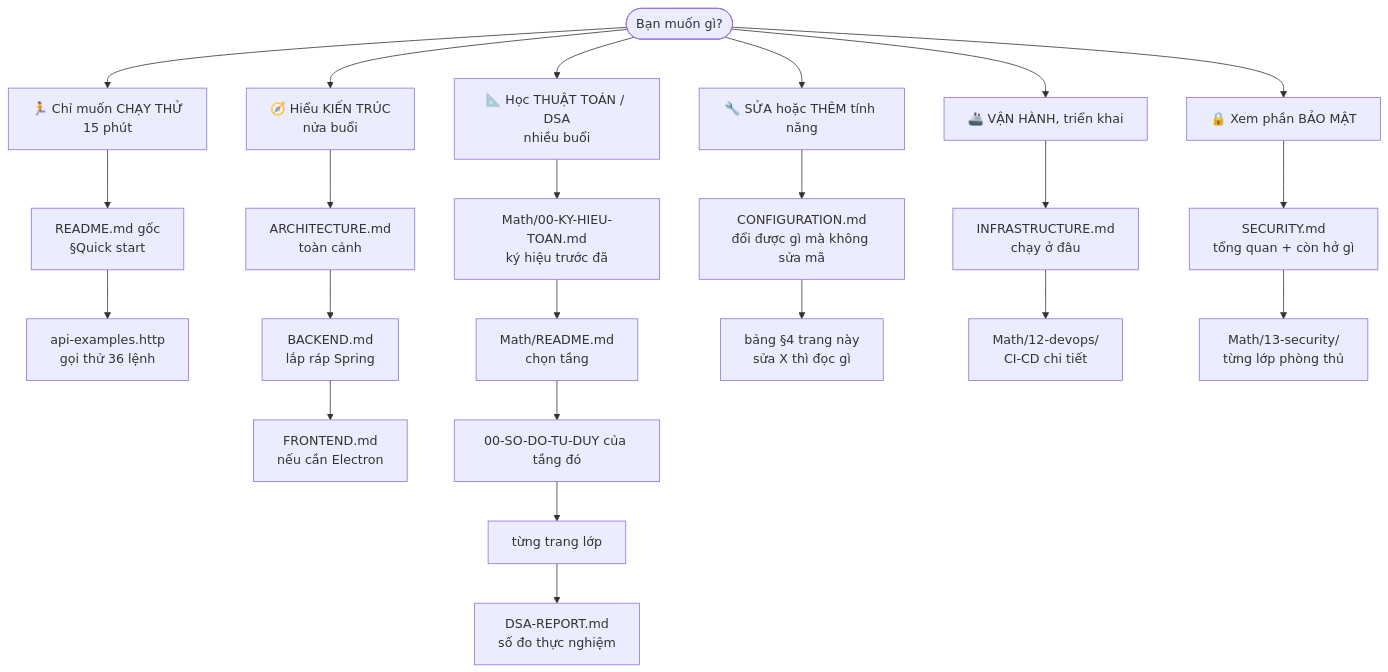
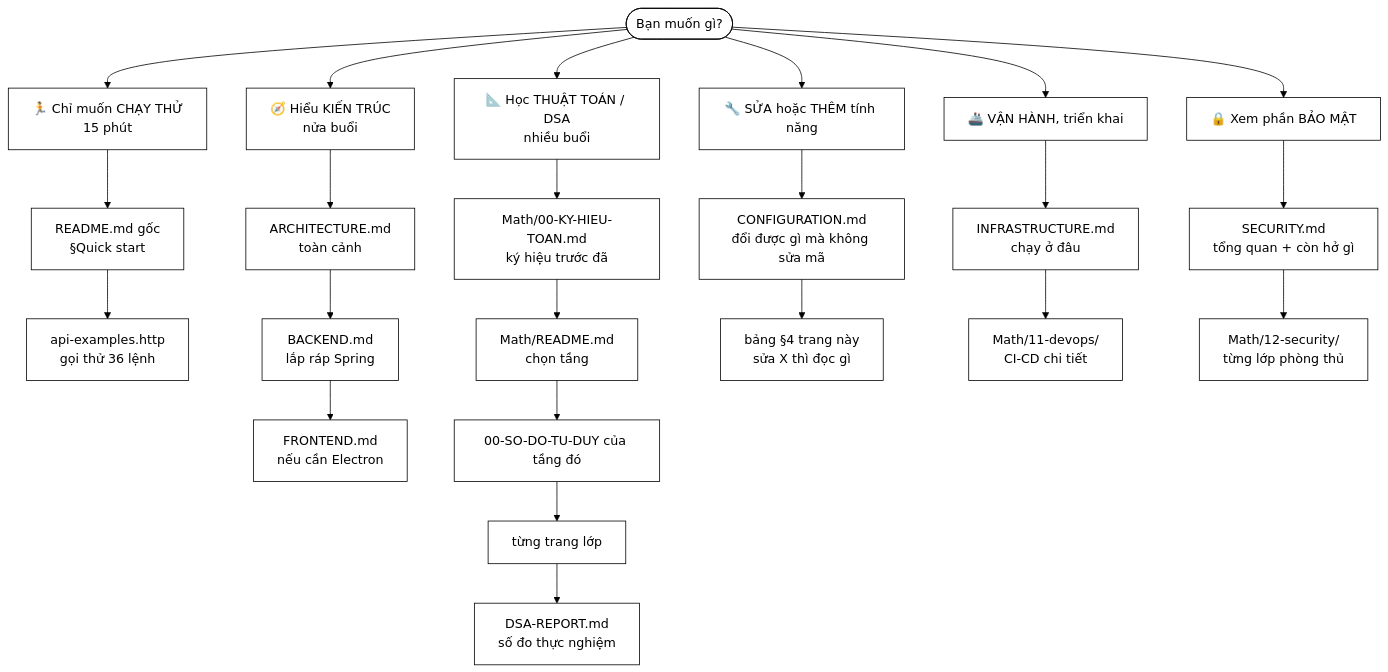
The diagram in docs/README.md (KietAnhCS/CocCoc-Plus), drawn with Mermaid before and after one commit. The commit also changed other lines of this file and 120 other files, not shown here.

````diff
--- a/docs/README.md
+++ b/docs/README.md
@@ -40,35 +40,36 @@
 ```mermaid
+%%{init:{'theme':'base','themeVariables':{'background':'#ffffff','primaryColor':'#ffffff','primaryTextColor':'#000000','primaryBorderColor':'#000000','secondaryColor':'#ffffff','secondaryTextColor':'#000000','secondaryBorderColor':'#000000','tertiaryColor':'#ffffff','tertiaryTextColor':'#000000','tertiaryBorderColor':'#000000','lineColor':'#000000','textColor':'#000000','mainBkg':'#ffffff','nodeBorder':'#000000','clusterBkg':'#ffffff','clusterBorder':'#000000','edgeLabelBackground':'#ffffff','actorBkg':'#ffffff','actorBorder':'#000000','actorTextColor':'#000000','actorLineColor':'#000000','signalColor':'#000000','signalTextColor':'#000000','labelBoxBkgColor':'#ffffff','labelBoxBorderColor':'#000000','labelTextColor':'#000000','loopTextColor':'#000000','noteBkgColor':'#ffffff','noteBorderColor':'#000000','noteTextColor':'#000000','sequenceNumberColor':'#ffffff','fontFamily':'ui-monospace, SFMono-Regular, Consolas, monospace'}}}%%
 flowchart TD
     START(["Bạn muốn gì?"])
 
     R1["🏃 Chỉ muốn CHẠY THỬ<br/>15 phút"]
     R2["🧭 Hiểu KIẾN TRÚC<br/>nửa buổi"]
     R3["📐 Học THUẬT TOÁN / DSA<br/>nhiều buổi"]
     R4["🔧 SỬA hoặc THÊM tính năng"]
     R5["🚢 VẬN HÀNH, triển khai"]
     R6["🔒 Xem phần BẢO MẬT"]
 
     START --> R1 & R2 & R3 & R4 & R5 & R6
 
     R1 --> A1["README.md gốc<br/>§Quick start"]
     A1 --> A2["api-examples.http<br/>gọi thử 36 lệnh"]
 
     R2 --> B1["ARCHITECTURE.md<br/>toàn cảnh"]
     B1 --> B2["BACKEND.md<br/>lắp ráp Spring"]
     B2 --> B3["FRONTEND.md<br/>nếu cần Electron"]
 
     R3 --> C1["Math/00-KY-HIEU-TOAN.md<br/>ký hiệu trước đã"]
     C1 --> C2["Math/README.md<br/>chọn tầng"]
     C2 --> C3["00-SO-DO-TU-DUY của tầng đó"]
     C3 --> C4["từng trang lớp"]
     C4 --> C5["DSA-REPORT.md<br/>số đo thực nghiệm"]
 
     R4 --> D1["CONFIGURATION.md<br/>đổi được gì mà không sửa mã"]
     D1 --> D2["bảng §4 trang này<br/>sửa X thì đọc gì"]
 
     R5 --> E1["INFRASTRUCTURE.md<br/>chạy ở đâu"]
-    E1 --> E2["Math/12-devops/<br/>CI-CD chi tiết"]
+    E1 --> E2["Math/11-devops/<br/>CI-CD chi tiết"]
 
     R6 --> F1["SECURITY.md<br/>tổng quan + còn hở gì"]
-    F1 --> F2["Math/13-security/<br/>từng lớp phòng thủ"]
+    F1 --> F2["Math/12-security/<br/>từng lớp phòng thủ"]
 ```
````
